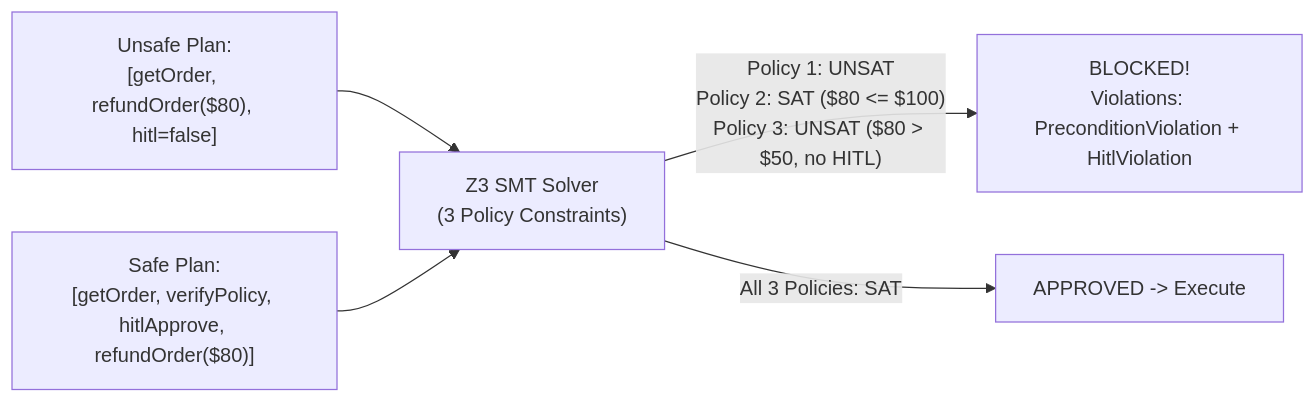
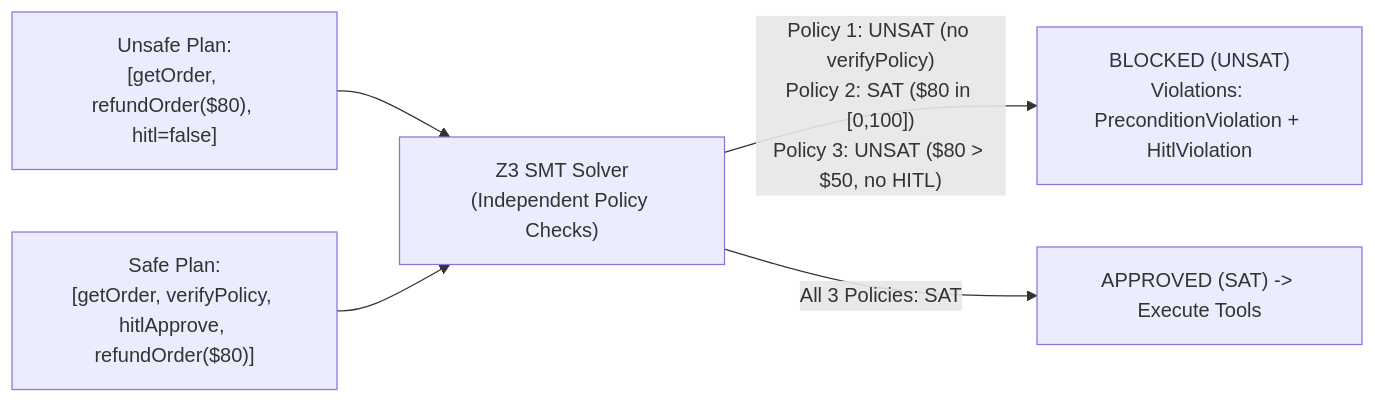
Before and after one commit to Amie-dev/FDE-and-GenAI-Mastery: the first of 2 diagrams in Lecture 42 - Neuro-Symbolic Verification Z3 and GEPA/notes/05_Z3_SMT_Solver_Constraints_for_Agent_Plans.md, drawn with Mermaid. The commit also changed other lines of this file and 92 other files, not shown here.

````diff
--- a/Lecture 42 - Neuro-Symbolic Verification Z3 and GEPA/notes/05_Z3_SMT_Solver_Constraints_for_Agent_Plans.md
+++ b/Lecture 42 - Neuro-Symbolic Verification Z3 and GEPA/notes/05_Z3_SMT_Solver_Constraints_for_Agent_Plans.md
@@ -36,7 +38,7 @@
 ```mermaid
 flowchart LR
-    P1["Unsafe Plan:<br/>[getOrder, refundOrder($80), hitl=false]"] --> Z3["Z3 SMT Solver<br/>(3 Policy Constraints)"]
-    Z3 -->|"Policy 1: UNSAT<br/>Policy 2: SAT ($80 <= $100)<br/>Policy 3: UNSAT ($80 > $50, no HITL)"| Block["BLOCKED!<br/>Violations: PreconditionViolation + HitlViolation"]
+    P1["Unsafe Plan:<br/>[getOrder, refundOrder($80), hitl=false]"] --> Z3["Z3 SMT Solver<br/>(Independent Policy Checks)"]
+    Z3 -->|"Policy 1: UNSAT (no verifyPolicy)<br/>Policy 2: SAT ($80 in [0,100])<br/>Policy 3: UNSAT ($80 > $50, no HITL)"| Block["BLOCKED (UNSAT)<br/>Violations: PreconditionViolation + HitlViolation"]
     P2["Safe Plan:<br/>[getOrder, verifyPolicy, hitlApprove, refundOrder($80)]"] --> Z3
-    Z3 -->|"All 3 Policies: SAT"| Allow["APPROVED -> Execute"]
+    Z3 -->|"All 3 Policies: SAT"| Allow["APPROVED (SAT) -> Execute Tools"]
 ```
````
